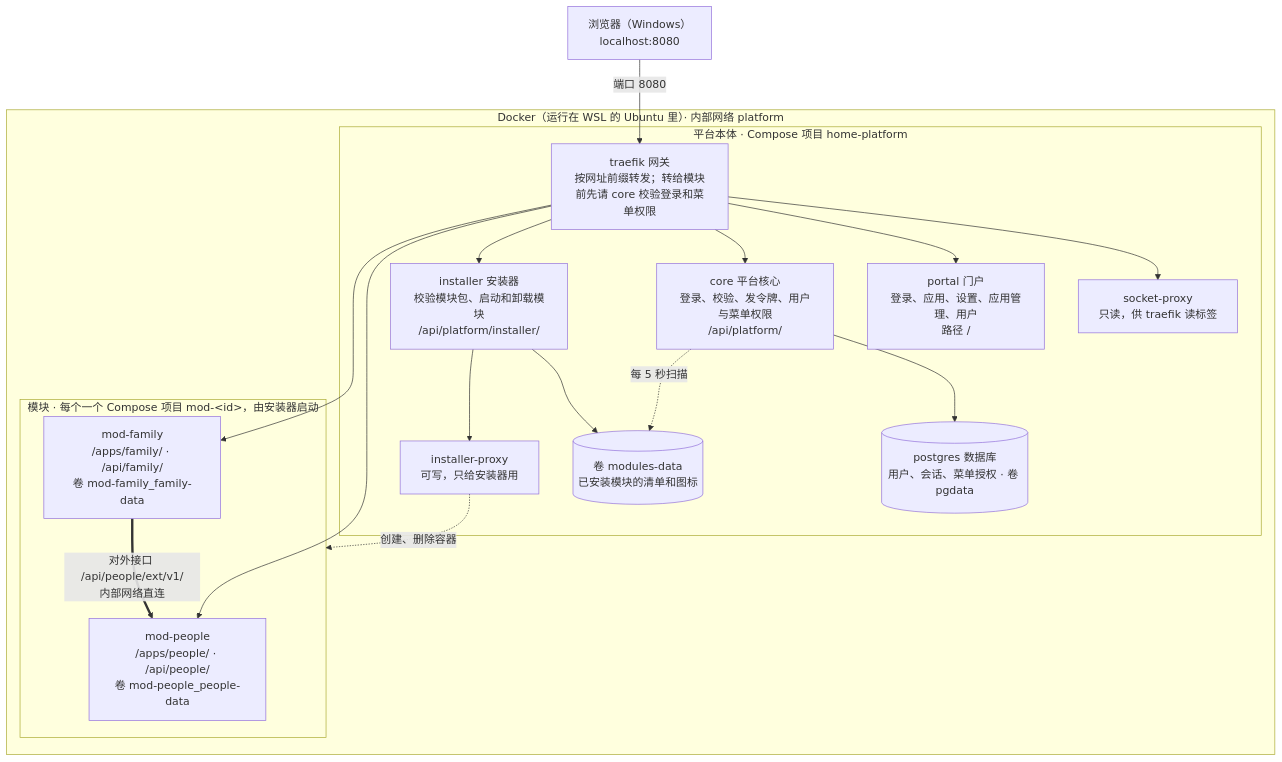
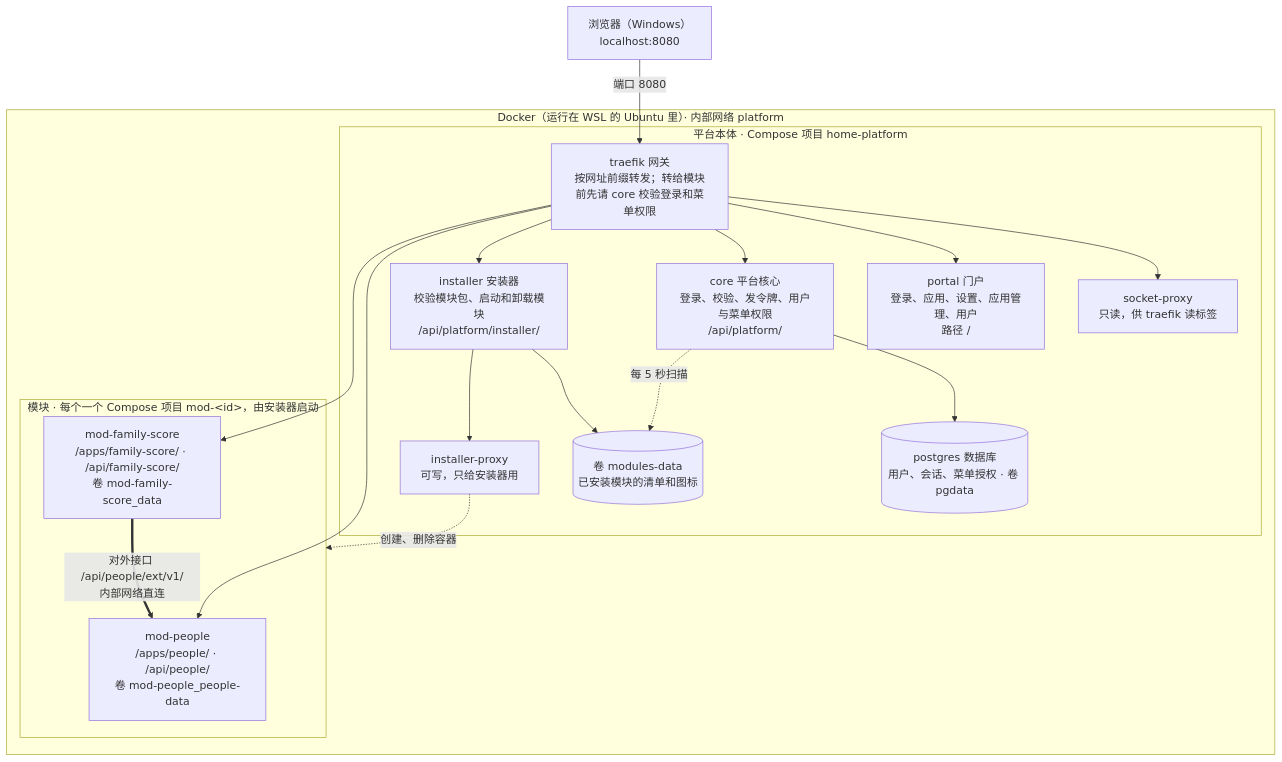
Before and after one commit to Beane-Big/vibebooth: the diagram in ARCHITECTURE.md, drawn with Mermaid. The commit also changed other lines of this file and 2 other files, not shown here.

First line of the commit message:
docs: 家庭优化大师的模块 id 改为 family-score

````diff
--- a/ARCHITECTURE.md
+++ b/ARCHITECTURE.md
@@ -20,33 +20,33 @@
 ```mermaid
 flowchart TB
     browser["浏览器（Windows）<br/>localhost:8080"]
     subgraph docker["Docker（运行在 WSL 的 Ubuntu 里）· 内部网络 platform"]
         subgraph base["平台本体 · Compose 项目 home-platform"]
             traefik["traefik 网关<br/>按网址前缀转发；转给模块前先请 core 校验登录和菜单权限"]
             socket["socket-proxy<br/>只读，供 traefik 读标签"]
             portal["portal 门户<br/>登录、应用、设置、应用管理、用户<br/>路径 /"]
             core["core 平台核心<br/>登录、校验、发令牌、用户与菜单权限<br/>/api/platform/"]
             installer["installer 安装器<br/>校验模块包、启动和卸载模块<br/>/api/platform/installer/"]
             iproxy["installer-proxy<br/>可写，只给安装器用"]
             pg[("postgres 数据库<br/>用户、会话、菜单授权 · 卷 pgdata")]
             mods[("卷 modules-data<br/>已安装模块的清单和图标")]
         end
         subgraph modules["模块 · 每个一个 Compose 项目 mod-&lt;id&gt;，由安装器启动"]
             people["mod-people<br/>/apps/people/ · /api/people/<br/>卷 mod-people_people-data"]
-            family["mod-family<br/>/apps/family/ · /api/family/<br/>卷 mod-family_family-data"]
+            family["mod-family-score<br/>/apps/family-score/ · /api/family-score/<br/>卷 mod-family-score_data"]
         end
     end
     browser -- "端口 8080" --> traefik
     traefik --> socket
     traefik --> portal
     traefik --> core
     traefik --> installer
     traefik --> people
     traefik --> family
     core --> pg
     core -. "每 5 秒扫描" .-> mods
     installer --> mods
     installer --> iproxy
     iproxy -. "创建、删除容器" .-> modules
     family == "对外接口 /api/people/ext/v1/<br/>内部网络直连" ==> people
 ```
````
